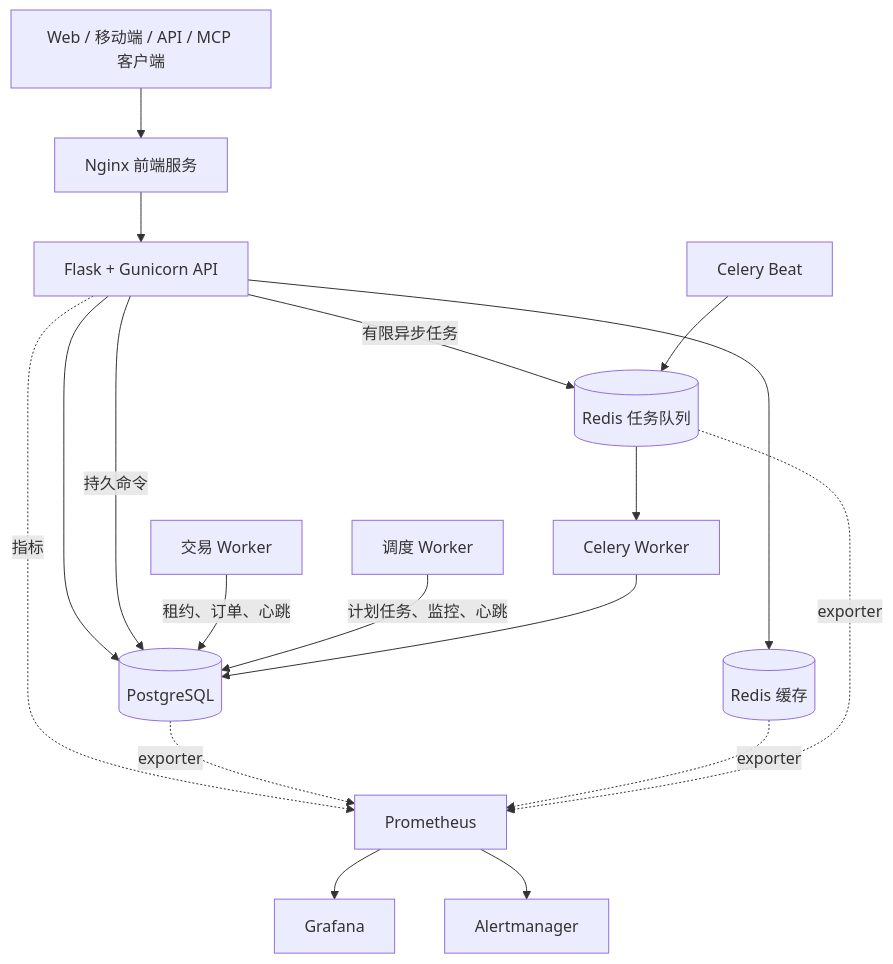
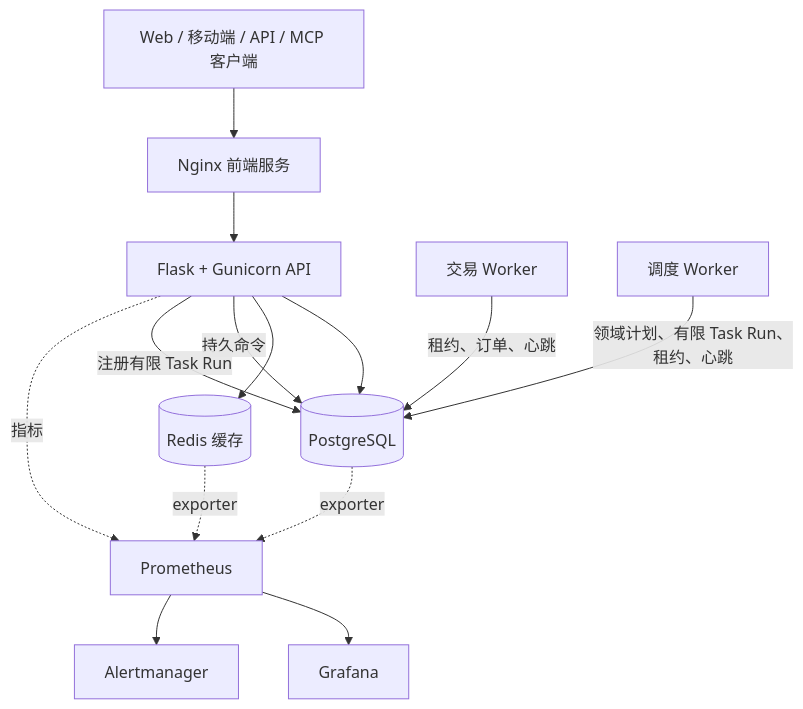
Before and after one commit to luhuiyuan/QuantDinger: the diagram in docs/README_CN.md, drawn with Mermaid. The commit also changed other lines of this file and 87 other files, not shown here.

Commit message:
feat: replace celery with internal task scheduler

````diff
--- a/docs/README_CN.md
+++ b/docs/README_CN.md
@@ -96,32 +96,26 @@
 ```mermaid
 flowchart TB
     C["Web / 移动端 / API / MCP 客户端"]
     FE["Nginx 前端服务"]
     API["Flask + Gunicorn API"]
     PG[("PostgreSQL")]
     CACHE[("Redis 缓存")]
-    JOBS[("Redis 任务队列")]
     TW["交易 Worker"]
     SW["调度 Worker"]
-    CW["Celery Worker"]
-    BEAT["Celery Beat"]
     PROM["Prometheus"]
     GRAF["Grafana"]
     ALERT["Alertmanager"]
 
     C --> FE --> API
     API --> PG
     API --> CACHE
     API -->|"持久命令"| PG
     TW -->|"租约、订单、心跳"| PG
-    SW -->|"计划任务、监控、心跳"| PG
-    API -->|"有限异步任务"| JOBS
-    BEAT --> JOBS --> CW
-    CW --> PG
+    SW -->|"领域计划、有限 Task Run、租约、心跳"| PG
+    API -->|"注册有限 Task Run"| PG
     API -. 指标 .-> PROM
     PG -. exporter .-> PROM
     CACHE -. exporter .-> PROM
-    JOBS -. exporter .-> PROM
     PROM --> GRAF
     PROM --> ALERT
 ```
````
